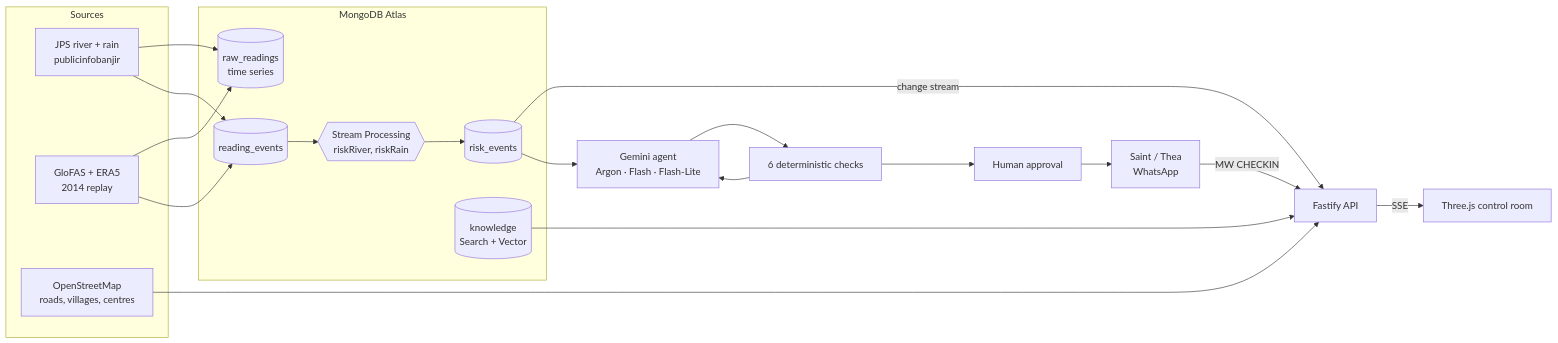
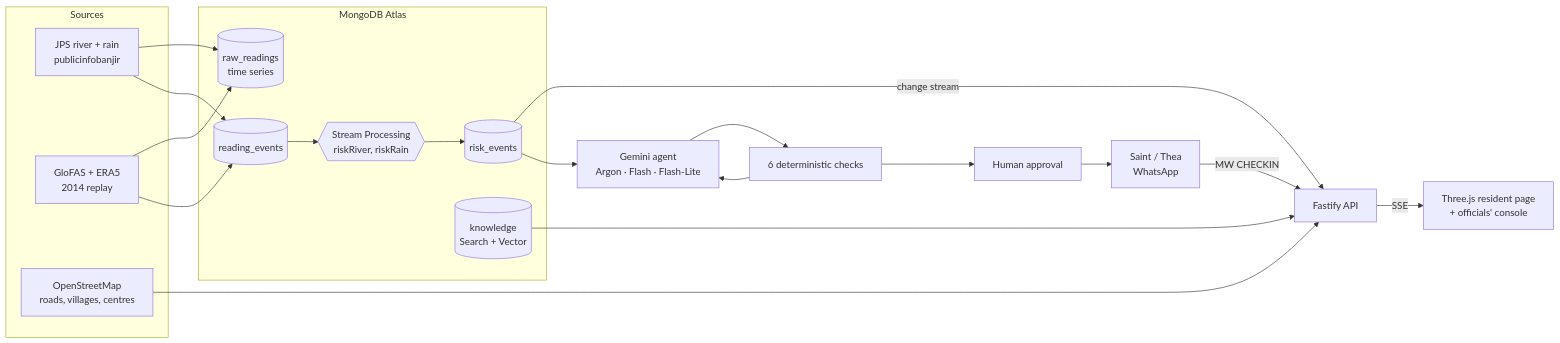
Before and after one commit to Hermela007/MonsoonWatch: the diagram in README.md, drawn with Mermaid. The commit also changed other lines of this file, not shown here.

Commit message:
docs: README describes the resident page and officials' console; geospatial row matches the code

````diff
--- a/README.md
+++ b/README.md
@@ -21,31 +21,31 @@
 ```mermaid
 flowchart LR
   subgraph Sources
     JPS[JPS river + rain<br/>publicinfobanjir]
     G[GloFAS + ERA5<br/>2014 replay]
     OSM[OpenStreetMap<br/>roads, villages, centres]
   end
   subgraph Atlas[MongoDB Atlas]
     RR[(raw_readings<br/>time series)]
     RE[(reading_events)]
     SP{{Stream Processing<br/>riskRiver, riskRain}}
     RK[(risk_events)]
     K[(knowledge<br/>Search + Vector)]
   end
   API[Fastify API]
   AG[Gemini agent<br/>Argon · Flash · Flash-Lite]
   V[6 deterministic checks]
   H[Human approval]
   S[Saint / Thea<br/>WhatsApp]
-  UI[Three.js control room]
+  UI[Three.js resident page<br/>+ officials' console]
 
   JPS & G --> RR & RE
   RE --> SP --> RK
   RK -- change stream --> API
   OSM --> API
   API -- SSE --> UI
   RK --> AG --> V --> AG
   V --> H --> S
   S -- MW CHECKIN --> API
   K --> API
 ```
````
